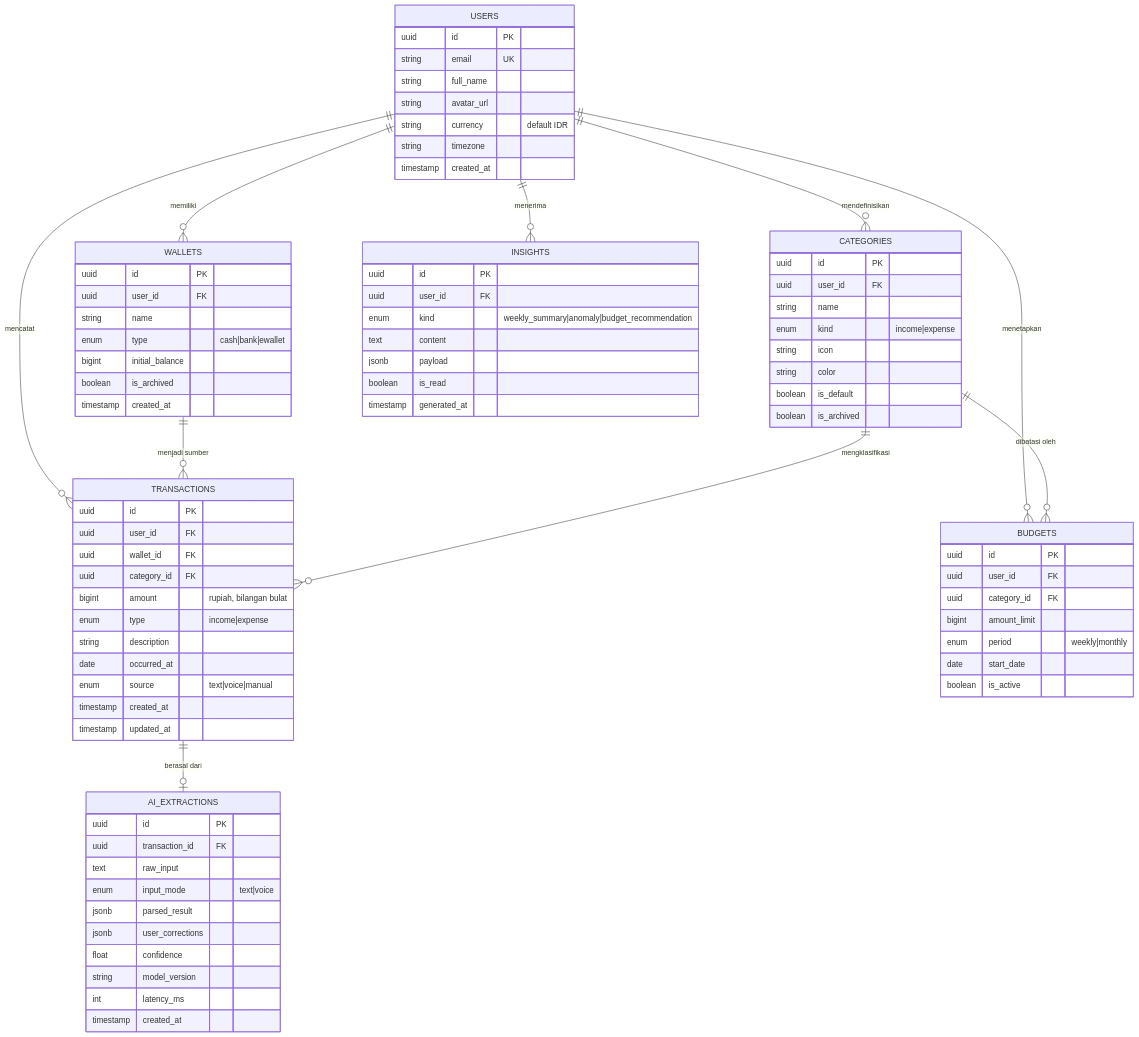
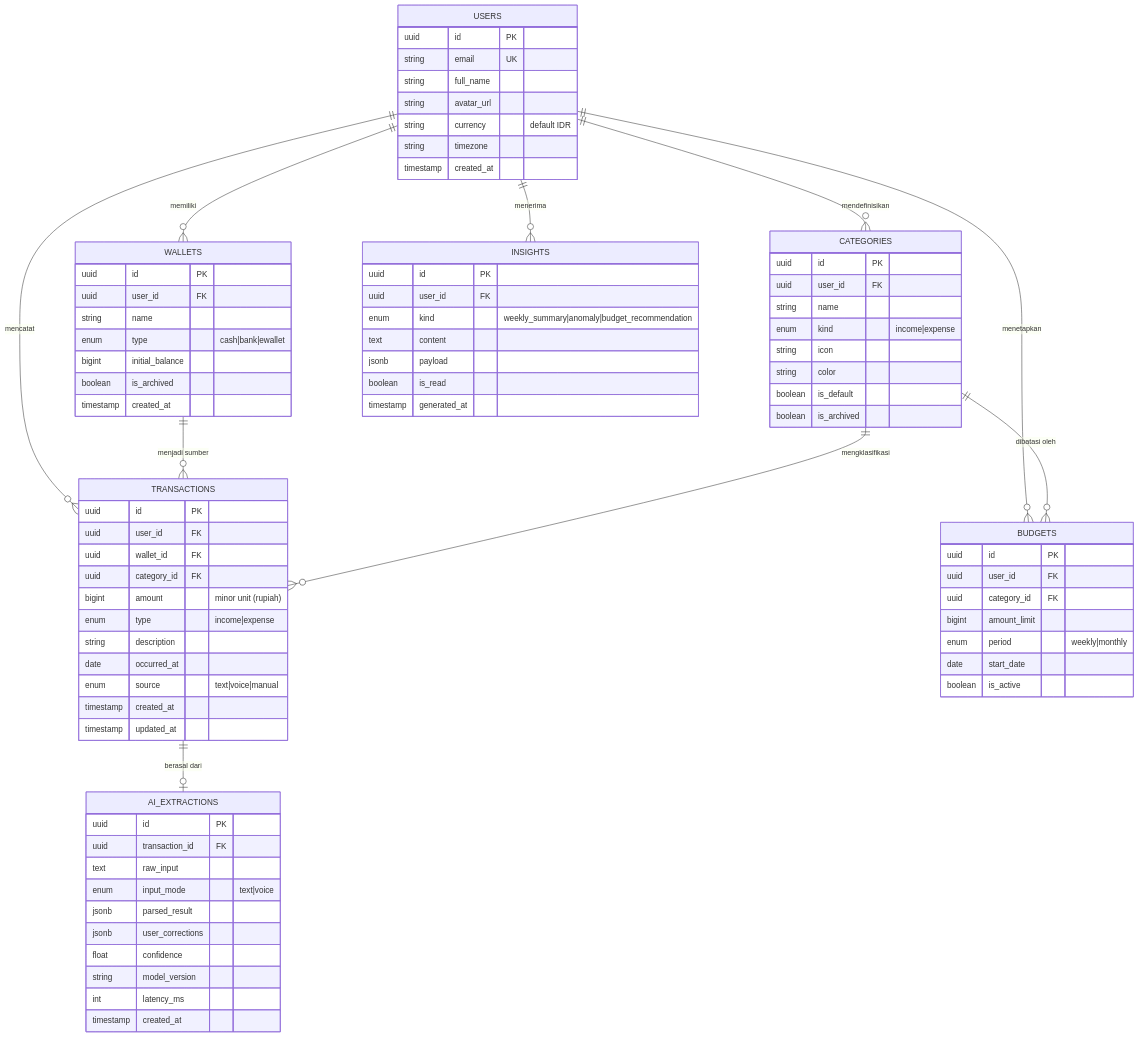
One commit to gadicandra/Senior-Project_Centsible changed the second of 3 diagrams in docs/index.md. Above: the diagram before and after it, drawn with Mermaid. The commit also changed other lines of this file and 1 other file, not shown here.

````diff
--- a/docs/index.md
+++ b/docs/index.md
@@ -215,4 +316,4 @@
-```mermaid
+<pre class="mermaid">
 erDiagram
     USERS ||--o{ WALLETS : "memiliki"
     USERS ||--o{ CATEGORIES : "mendefinisikan"
@@ -257,7 +358,7 @@
         uuid user_id FK
         uuid wallet_id FK
         uuid category_id FK
-        bigint amount "rupiah, bilangan bulat"
+        bigint amount "minor unit (rupiah)"
         enum type "income|expense"
         string description
         date occurred_at
@@ -295,4 +396,4 @@
         boolean is_read
         timestamp generated_at
     }
-```
+</pre>
````
